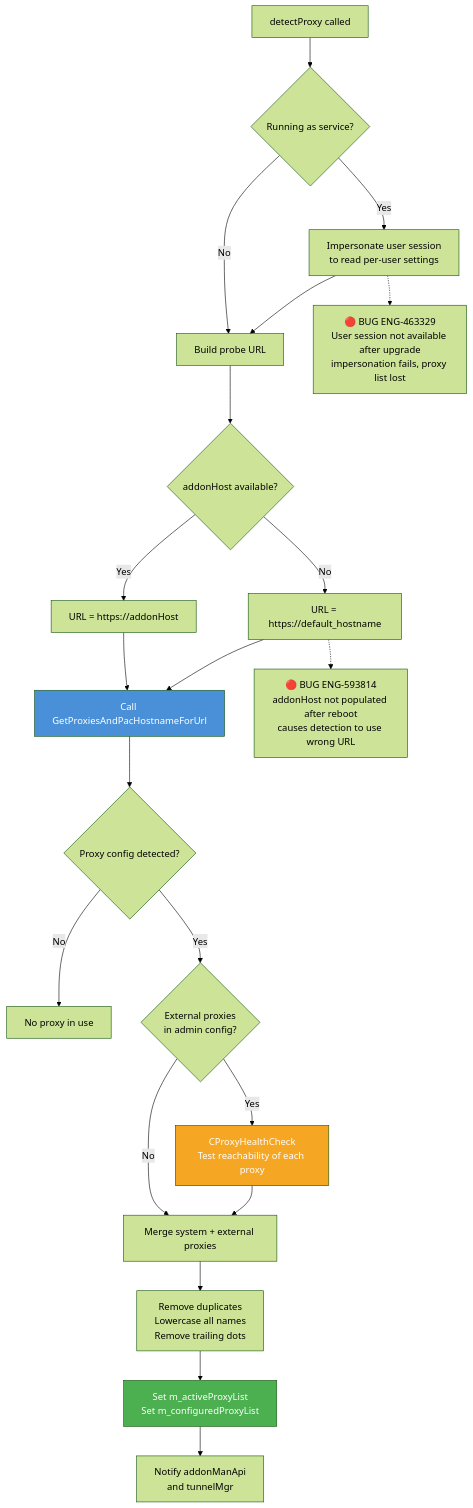
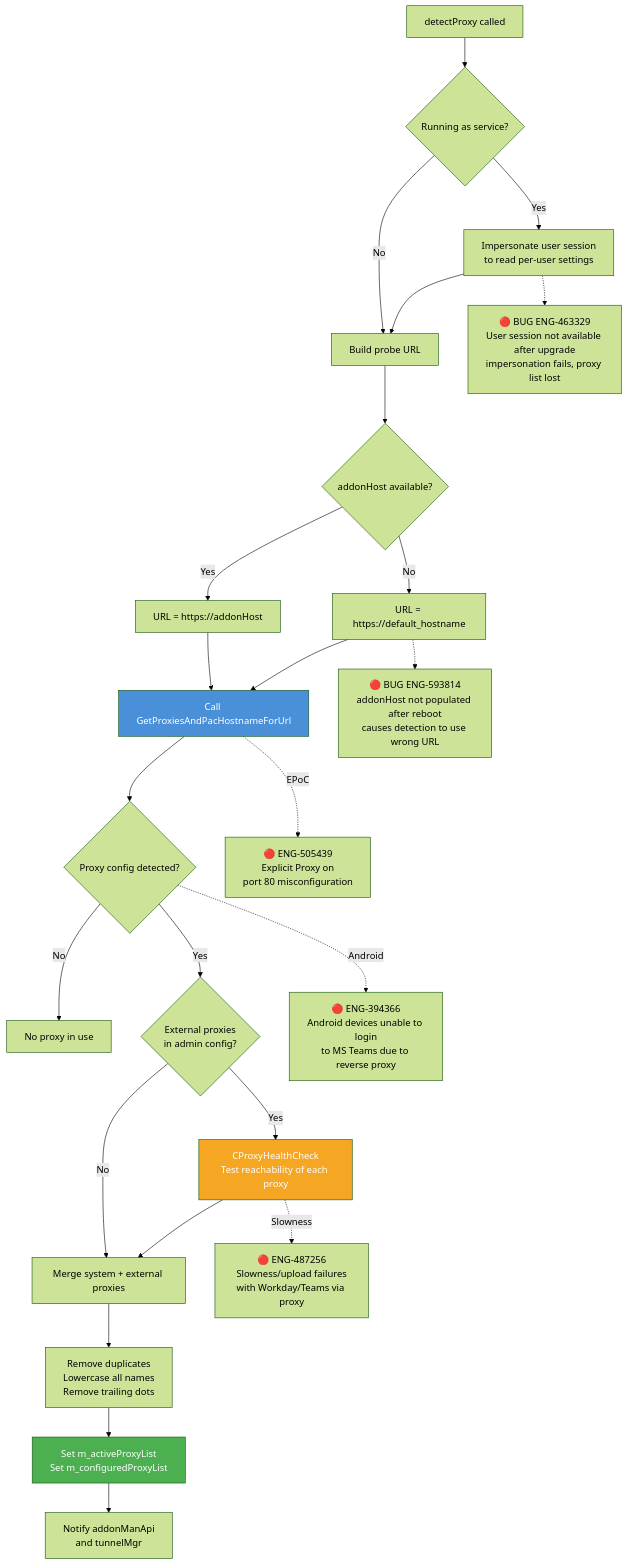
Before and after one commit to ns-klin/endpoint_system_test_plan: the second of 14 diagrams in chapters/14_proxy_management.md, drawn with Mermaid (forest theme). The commit also changed other lines of this file and 26 other files, not shown here.

First line of the commit message:
Add 87 bugs from Excel enrichment and integrate into mermaid diagrams

````diff
--- a/chapters/14_proxy_management.md
+++ b/chapters/14_proxy_management.md
@@ -177,35 +177,39 @@
 ```mermaid
 flowchart TD
     START[detectProxy called] --> IMPERSONATE{Running as service?}
     IMPERSONATE -->|Yes| IMP[Impersonate user session<br/>to read per-user settings]
     IMPERSONATE -->|No| URL[Build probe URL]
     IMP --> URL
     IMP -.-> BUG_463329
 
     URL --> ADDONHOST{addonHost available?}
     ADDONHOST -->|Yes| USE_ADDON["URL = https://addonHost"]
     ADDONHOST -->|No| USE_DEFAULT["URL = https://default_hostname"]
     USE_ADDON --> DETECT
     USE_DEFAULT --> DETECT
     USE_DEFAULT -.-> BUG_593814
 
     DETECT[Call GetProxiesAndPacHostnameForUrl] --> RESULT{Proxy config detected?}
 
     RESULT -->|No| DONE_EMPTY[No proxy in use]
     RESULT -->|Yes| EXTERNAL{External proxies<br/>in admin config?}
 
     EXTERNAL -->|Yes| HEALTH[CProxyHealthCheck<br/>Test reachability of each proxy]
     EXTERNAL -->|No| MERGE
     HEALTH --> MERGE[Merge system + external proxies]
 
     MERGE --> DEDUP[Remove duplicates<br/>Lowercase all names<br/>Remove trailing dots]
     DEDUP --> SET[Set m_activeProxyList<br/>Set m_configuredProxyList]
     SET --> NOTIFY[Notify addonManApi<br/>and tunnelMgr]
 
     BUG_593814["🔴 BUG ENG-593814<br/>addonHost not populated after reboot<br/>causes detection to use wrong URL"]
     BUG_463329["🔴 BUG ENG-463329<br/>User session not available after upgrade<br/>impersonation fails, proxy list lost"]
 
+    RESULT -.->|Android| BUG_394366["🔴 ENG-394366<br/>Android devices unable to login<br/>to MS Teams due to reverse proxy"]
+    HEALTH -.->|Slowness| BUG_487256["🔴 ENG-487256<br/>Slowness/upload failures<br/>with Workday/Teams via proxy"]
+    DETECT -.->|EPoC| BUG_505439["🔴 ENG-505439<br/>Explicit Proxy on<br/>port 80 misconfiguration"]
+
     style DETECT fill:#4A90D9,color:#fff
     style HEALTH fill:#F5A623,color:#fff
     style SET fill:#4CAF50,color:#fff
 ```
````
